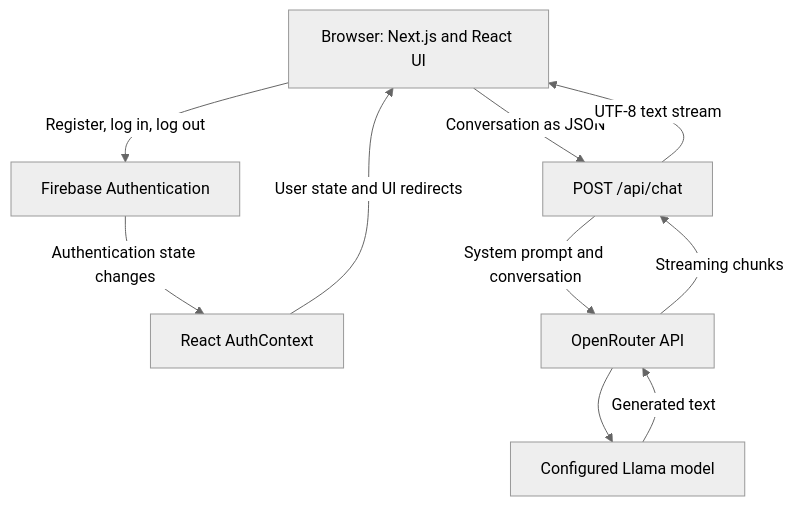
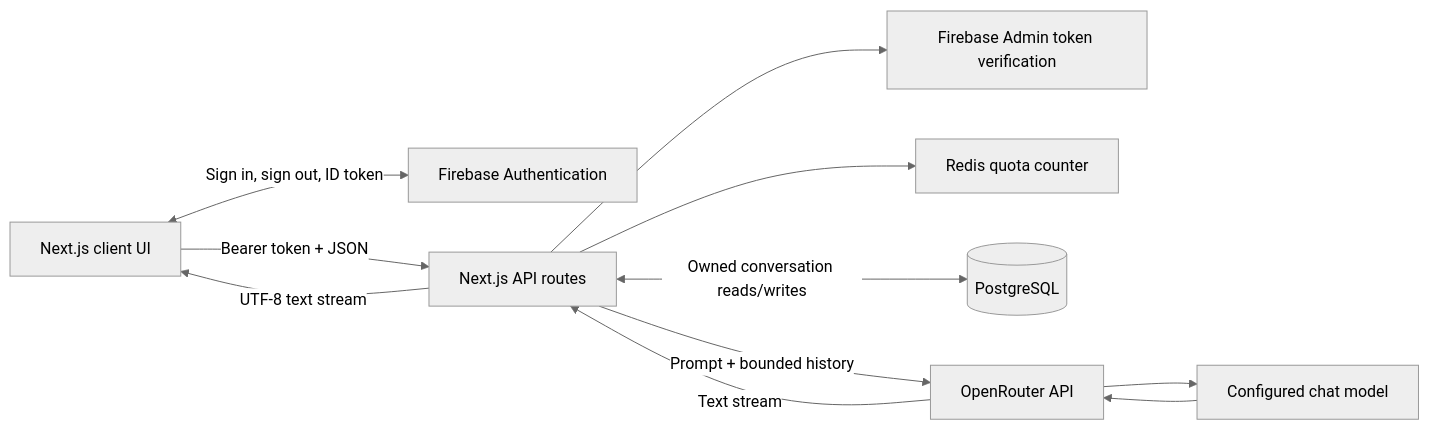
Before and after one commit to arpitsri28/consumer-compass: the diagram in report.md, drawn with Mermaid (neutral theme). The commit also changed other lines of this file and 37 other files, not shown here.

````diff
--- a/report.md
+++ b/report.md
@@ -29,19 +34,22 @@
 ```mermaid
-flowchart TD
-    U[Browser: Next.js and React UI]
-    A[Firebase Authentication]
-    C[React AuthContext]
-    S[POST /api/chat]
-    R[OpenRouter API]
-    M[Configured Llama model]
+flowchart LR
+    Browser[Next.js client UI]
+    Firebase[Firebase Authentication]
+    Routes[Next.js API routes]
+    Admin[Firebase Admin token verification]
+    Redis[Redis quota counter]
+    DB[(PostgreSQL)]
+    Router[OpenRouter API]
+    Model[Configured chat model]
 
-    U -->|Register, log in, log out| A
-    A -->|Authentication state changes| C
-    C -->|User state and UI redirects| U
-    U -->|Conversation as JSON| S
-    S -->|System prompt and conversation| R
-    R --> M
-    M -->|Generated text| R
-    R -->|Streaming chunks| S
-    S -->|UTF-8 text stream| U
+    Browser <-->|Sign in, sign out, ID token| Firebase
+    Browser -->|Bearer token + JSON| Routes
+    Routes --> Admin
+    Routes --> Redis
+    Routes <-->|Owned conversation reads/writes| DB
+    Routes -->|Prompt + bounded history| Router
+    Router --> Model
+    Model --> Router
+    Router -->|Text stream| Routes
+    Routes -->|UTF-8 text stream| Browser
 ```
````
